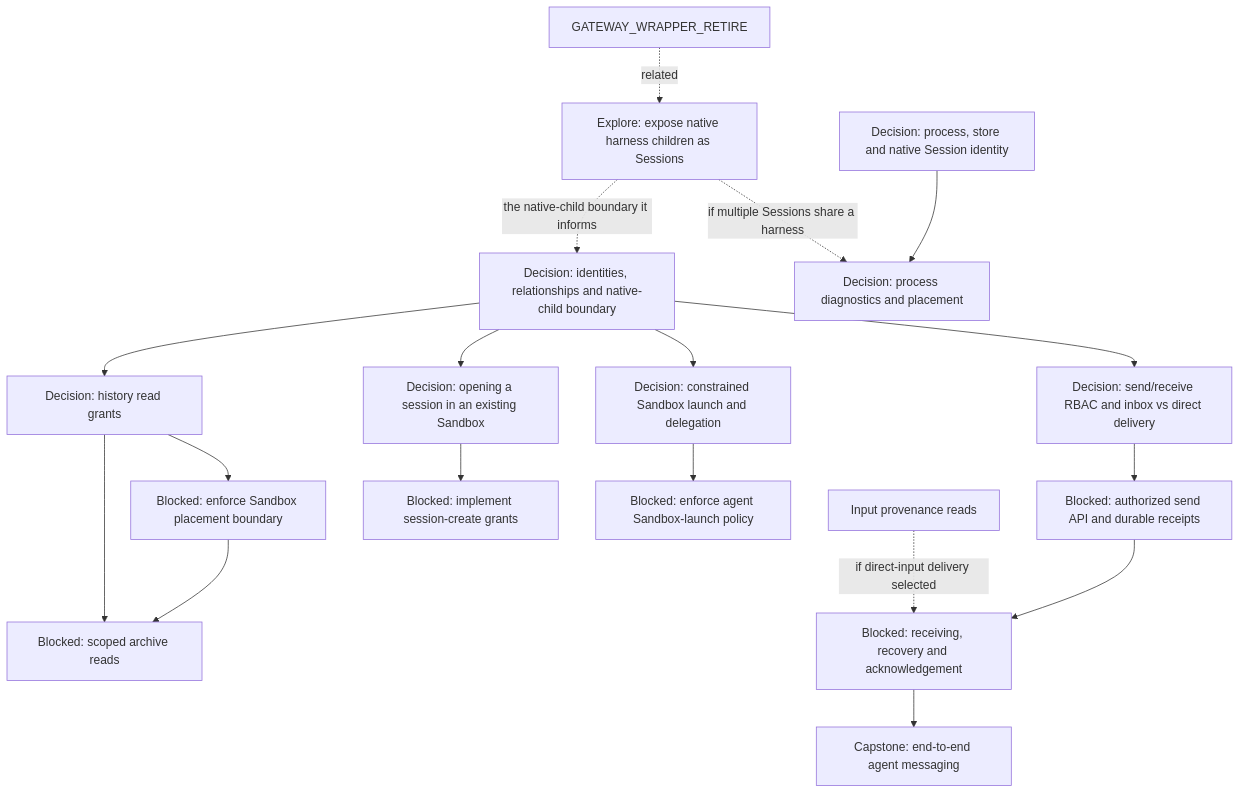
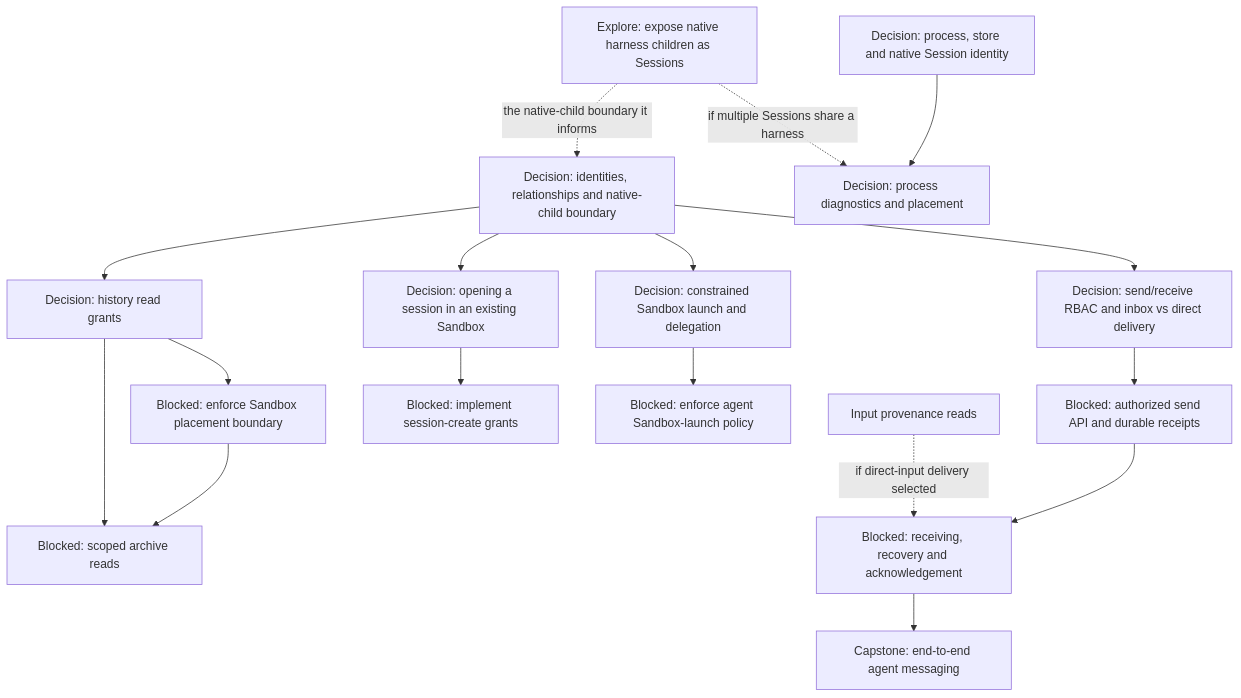
The fifth of 16 diagrams in agentplane/plans/task_dag.md (agentydragon/ducktape), drawn with Mermaid before and after one commit. The commit also changed other lines of this file, not shown here.

Commit message:
agentplane: clear retired Gateway DAG gates

````diff
--- a/agentplane/plans/task_dag.md
+++ b/agentplane/plans/task_dag.md
@@ -208,35 +208,34 @@
 ```mermaid
 flowchart TD
     MULTIAGENT_MODEL[Decision: identities, relationships and native-child boundary]
     THREAD_READ_POLICY_DESIGN[Decision: history read grants]
     SANDBOX_COMPARTMENT_BOUNDARY[Blocked: enforce Sandbox placement boundary]
     THREAD_READ_POLICY[Blocked: scoped archive reads]
     AGENT_MESSAGING_DESIGN[Decision: send/receive RBAC and inbox vs direct delivery]
     AGENT_MESSAGE_INGRESS[Blocked: authorized send API and durable receipts]
     AGENT_MESSAGE_RECEPTION[Blocked: receiving, recovery and acknowledgement]
     AGENT_MESSAGING[Capstone: end-to-end agent messaging]
     THREAD_CREATE_POLICY[Decision: opening a session in an existing Sandbox]
     THREAD_CREATE_AUTHORIZATION[Blocked: implement session-create grants]
     AGENT_LAUNCH_POLICY_DESIGN[Decision: constrained Sandbox launch and delegation]
     AGENT_SANDBOX_LAUNCH[Blocked: enforce agent Sandbox-launch policy]
     MULTIAGENT_MODEL --> THREAD_READ_POLICY_DESIGN
     MULTIAGENT_MODEL --> AGENT_MESSAGING_DESIGN
     MULTIAGENT_MODEL --> THREAD_CREATE_POLICY
     MULTIAGENT_MODEL --> AGENT_LAUNCH_POLICY_DESIGN
     THREAD_READ_POLICY_DESIGN --> SANDBOX_COMPARTMENT_BOUNDARY
     THREAD_READ_POLICY_DESIGN --> THREAD_READ_POLICY
     SANDBOX_COMPARTMENT_BOUNDARY --> THREAD_READ_POLICY
     AGENT_MESSAGING_DESIGN --> AGENT_MESSAGE_INGRESS
     SESSION_INPUT_METADATA_READ[Input provenance reads] -. if direct-input delivery selected .-> AGENT_MESSAGE_RECEPTION
     AGENT_MESSAGE_INGRESS --> AGENT_MESSAGE_RECEPTION
     AGENT_MESSAGE_RECEPTION --> AGENT_MESSAGING
     THREAD_CREATE_POLICY --> THREAD_CREATE_AUTHORIZATION
     AGENT_LAUNCH_POLICY_DESIGN --> AGENT_SANDBOX_LAUNCH
     NATIVE_SUBAGENT_EXPOSURE[Explore: expose native harness children as Sessions]
     RUNNER_HARNESS_OBJECTS_DESIGN[Decision: process diagnostics and placement]
     HARNESS_IDENTITY_DESIGN[Decision: process, store and native Session identity]
     NATIVE_SUBAGENT_EXPOSURE -. if multiple Sessions share a harness .-> RUNNER_HARNESS_OBJECTS_DESIGN
     NATIVE_SUBAGENT_EXPOSURE -. the native-child boundary it informs .-> MULTIAGENT_MODEL
     HARNESS_IDENTITY_DESIGN --> RUNNER_HARNESS_OBJECTS_DESIGN
-    GATEWAY_WRAPPER_RETIRE -. related .-> NATIVE_SUBAGENT_EXPOSURE
 ```
````
